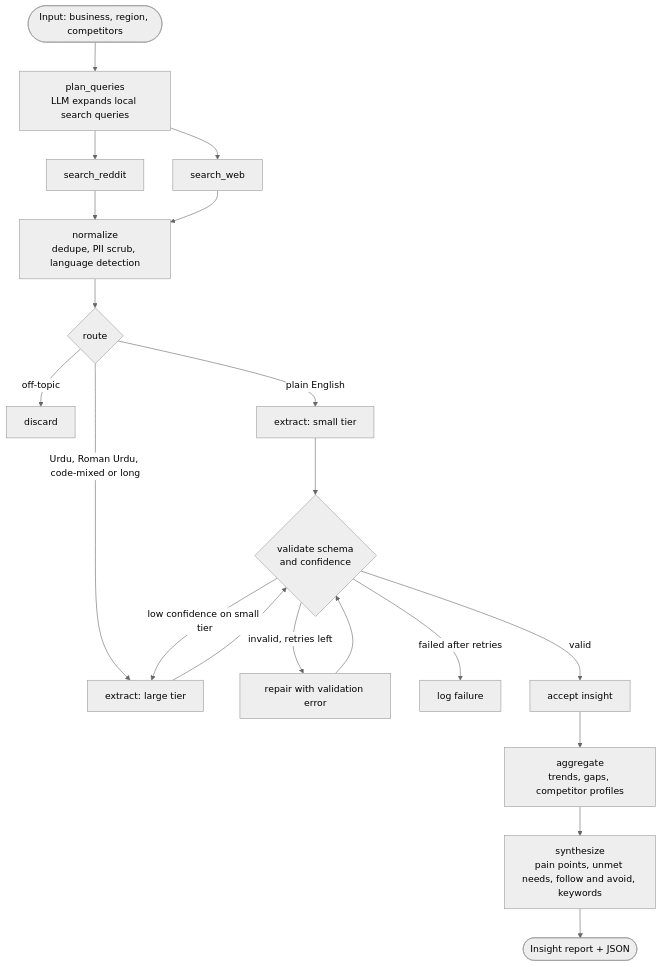
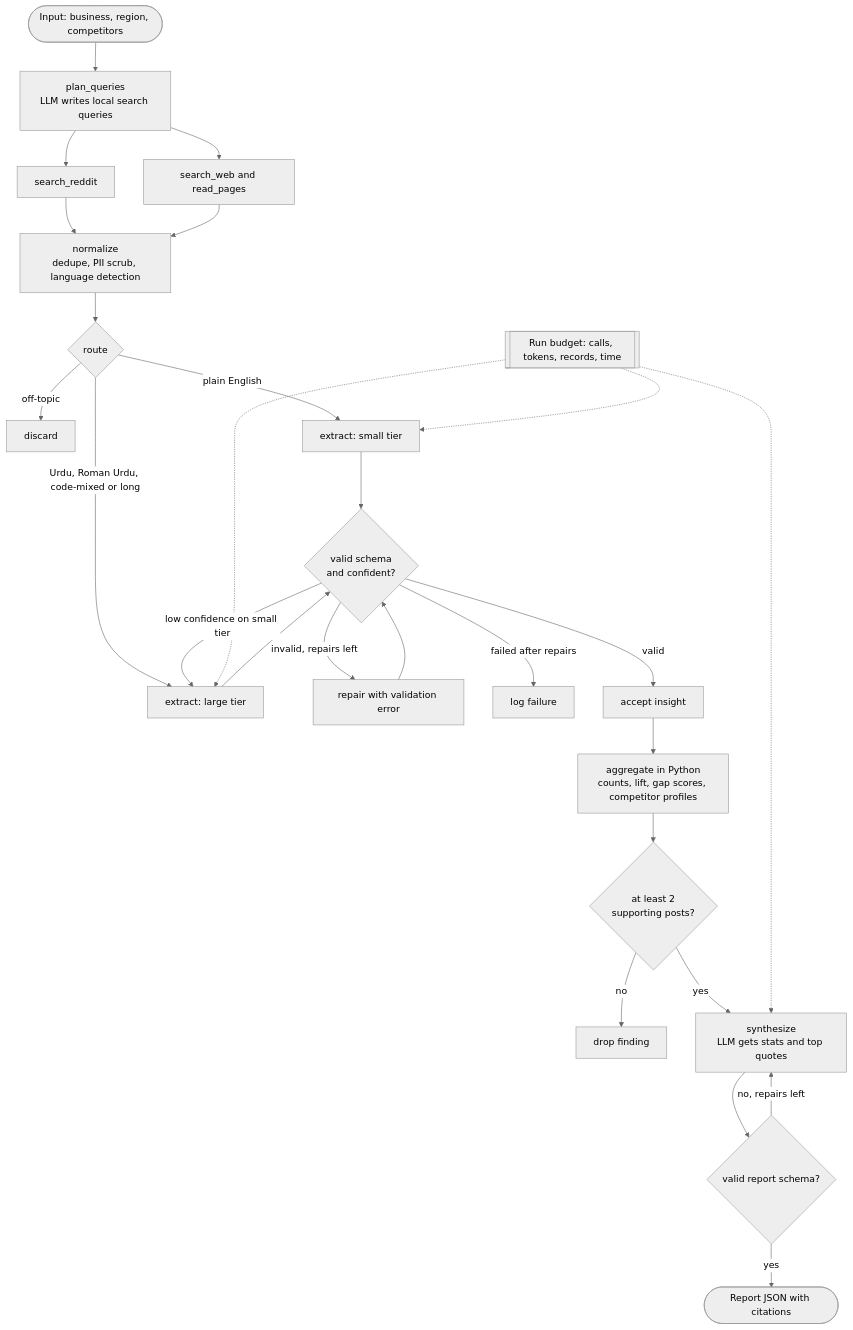
Before and after one commit to muhmdusman/hacktoberfest-local-market-pulse: the third of 6 diagrams in README.md, drawn with Mermaid (neutral theme). The commit also changed other lines of this file, not shown here.

````diff
--- a/README.md
+++ b/README.md
@@ -169,22 +206,29 @@
 ```mermaid
 flowchart TD
-    S0([Input: business, region, competitors]) --> PQ[plan_queries<br/>LLM expands local search queries]
+    S0([Input: business, region, competitors]) --> PQ[plan_queries<br/>LLM writes local search queries]
     PQ --> C1[search_reddit]
-    PQ --> C2[search_web]
+    PQ --> C2[search_web and read_pages]
     C1 --> N[normalize<br/>dedupe, PII scrub, language detection]
     C2 --> N
     N --> R{route}
     R -- off-topic --> DROP[discard]
     R -- plain English --> XS[extract: small tier]
     R -- Urdu, Roman Urdu, code-mixed or long --> XL[extract: large tier]
-    XS --> V{validate schema<br/>and confidence}
+    XS --> V{valid schema<br/>and confident?}
     XL --> V
-    V -- invalid, retries left --> REP[repair with validation error]
+    V -- invalid, repairs left --> REP[repair with validation error]
     REP --> V
     V -- low confidence on small tier --> XL
-    V -- failed after retries --> LOG[log failure]
+    V -- failed after repairs --> LOG[log failure]
     V -- valid --> ACC[accept insight]
-    ACC --> AGG[aggregate<br/>trends, gaps, competitor profiles]
-    AGG --> SYN[synthesize<br/>pain points, unmet needs, follow and avoid, keywords]
-    SYN --> S9([Insight report + JSON])
+    ACC --> AGG[aggregate in Python<br/>counts, lift, gap scores, competitor profiles]
+    AGG --> EV{at least 2<br/>supporting posts?}
+    EV -- no --> CUT[drop finding]
+    EV -- yes --> SYN[synthesize<br/>LLM gets stats and top quotes]
+    SYN --> VS{valid report schema?}
+    VS -- no, repairs left --> SYN
+    VS -- yes --> S9([Report JSON with citations])
+    BUD[[Run budget: calls, tokens, records, time]] -.-> XS
+    BUD -.-> XL
+    BUD -.-> SYN
 ```
````
